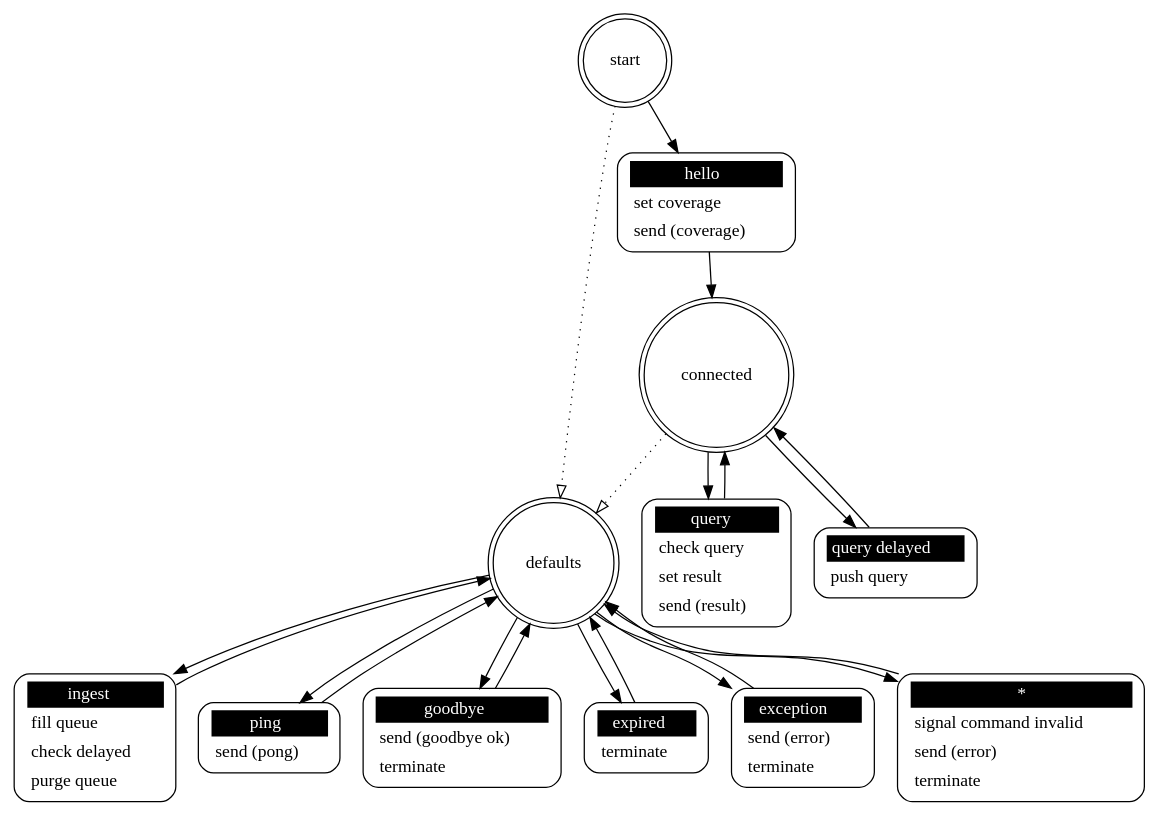
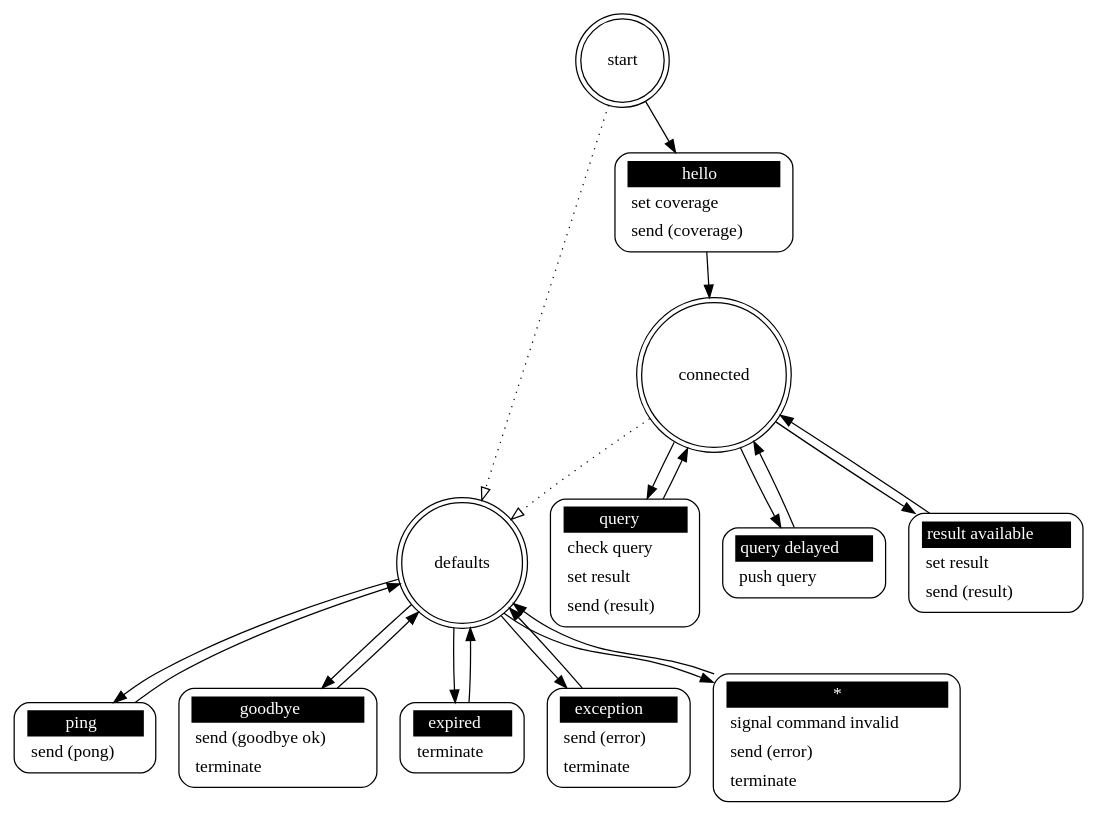
One commit to brettviren/tpquery changed the diagram in src/tpq_server.dot. Above: the diagram before and after it, drawn with Graphviz. The commit also changed 116 other files, not shown here.

```diff
--- a/src/tpq_server.dot
+++ b/src/tpq_server.dot
@@ -1,38 +1,38 @@
 ## Automatically generated from tpq_server.xml by gsl
 digraph "tpq_server" {
  "start" -> "defaults" [style=dotted,arrowhead=empty]
  "connected" -> "defaults" [style=dotted,arrowhead=empty]
 
  "start" [shape = "doublecircle"];
  "start hello" [shape = "Mrecord" style = solid label = <<table border="0" cellborder="0" cellpadding="3" bgcolor="white"><tr><td bgcolor="black" align="center" colspan="2"><font color="white">hello</font></td></tr><tr><td align="left" port="r3">set coverage</td></tr><tr><td align="left" port="r3">send (coverage)</td></tr></table>>];
  "start" -> "start hello";
  "start hello" -> "connected";
 
  "connected" [shape = "doublecircle"];
  "connected query" [shape = "Mrecord" style = solid label = <<table border="0" cellborder="0" cellpadding="3" bgcolor="white"><tr><td bgcolor="black" align="center" colspan="2"><font color="white">query</font></td></tr><tr><td align="left" port="r3">check query</td></tr><tr><td align="left" port="r3">set result</td></tr><tr><td align="left" port="r3">send (result)</td></tr></table>>];
  "connected" -> "connected query";
  "connected query" -> "connected";
  "connected query delayed" [shape = "Mrecord" style = solid label = <<table border="0" cellborder="0" cellpadding="3" bgcolor="white"><tr><td bgcolor="black" align="center" colspan="2"><font color="white">query delayed</font></td></tr><tr><td align="left" port="r3">push query</td></tr></table>>];
  "connected" -> "connected query delayed";
  "connected query delayed" -> "connected";
+ "connected result available" [shape = "Mrecord" style = solid label = <<table border="0" cellborder="0" cellpadding="3" bgcolor="white"><tr><td bgcolor="black" align="center" colspan="2"><font color="white">result available</font></td></tr><tr><td align="left" port="r3">set result</td></tr><tr><td align="left" port="r3">send (result)</td></tr></table>>];
+ "connected" -> "connected result available";
+ "connected result available" -> "connected";
 
  "defaults" [shape = "doublecircle"];
- "defaults ingest" [shape = "Mrecord" style = solid label = <<table border="0" cellborder="0" cellpadding="3" bgcolor="white"><tr><td bgcolor="black" align="center" colspan="2"><font color="white">ingest</font></td></tr><tr><td align="left" port="r3">fill queue</td></tr><tr><td align="left" port="r3">check delayed</td></tr><tr><td align="left" port="r3">purge queue</td></tr></table>>];
- "defaults" -> "defaults ingest";
- "defaults ingest" -> "defaults";
  "defaults ping" [shape = "Mrecord" style = solid label = <<table border="0" cellborder="0" cellpadding="3" bgcolor="white"><tr><td bgcolor="black" align="center" colspan="2"><font color="white">ping</font></td></tr><tr><td align="left" port="r3">send (pong)</td></tr></table>>];
  "defaults" -> "defaults ping";
  "defaults ping" -> "defaults";
  "defaults goodbye" [shape = "Mrecord" style = solid label = <<table border="0" cellborder="0" cellpadding="3" bgcolor="white"><tr><td bgcolor="black" align="center" colspan="2"><font color="white">goodbye</font></td></tr><tr><td align="left" port="r3">send (goodbye ok)</td></tr><tr><td align="left" port="r3">terminate</td></tr></table>>];
  "defaults" -> "defaults goodbye";
  "defaults goodbye" -> "defaults";
  "defaults expired" [shape = "Mrecord" style = solid label = <<table border="0" cellborder="0" cellpadding="3" bgcolor="white"><tr><td bgcolor="black" align="center" colspan="2"><font color="white">expired</font></td></tr><tr><td align="left" port="r3">terminate</td></tr></table>>];
  "defaults" -> "defaults expired";
  "defaults expired" -> "defaults";
  "defaults exception" [shape = "Mrecord" style = solid label = <<table border="0" cellborder="0" cellpadding="3" bgcolor="white"><tr><td bgcolor="black" align="center" colspan="2"><font color="white">exception</font></td></tr><tr><td align="left" port="r3">send (error)</td></tr><tr><td align="left" port="r3">terminate</td></tr></table>>];
  "defaults" -> "defaults exception";
  "defaults exception" -> "defaults";
  "defaults *" [shape = "Mrecord" style = solid label = <<table border="0" cellborder="0" cellpadding="3" bgcolor="white"><tr><td bgcolor="black" align="center" colspan="2"><font color="white">*</font></td></tr><tr><td align="left" port="r3">signal command invalid</td></tr><tr><td align="left" port="r3">send (error)</td></tr><tr><td align="left" port="r3">terminate</td></tr></table>>];
  "defaults" -> "defaults *";
  "defaults *" -> "defaults";
 }
```
